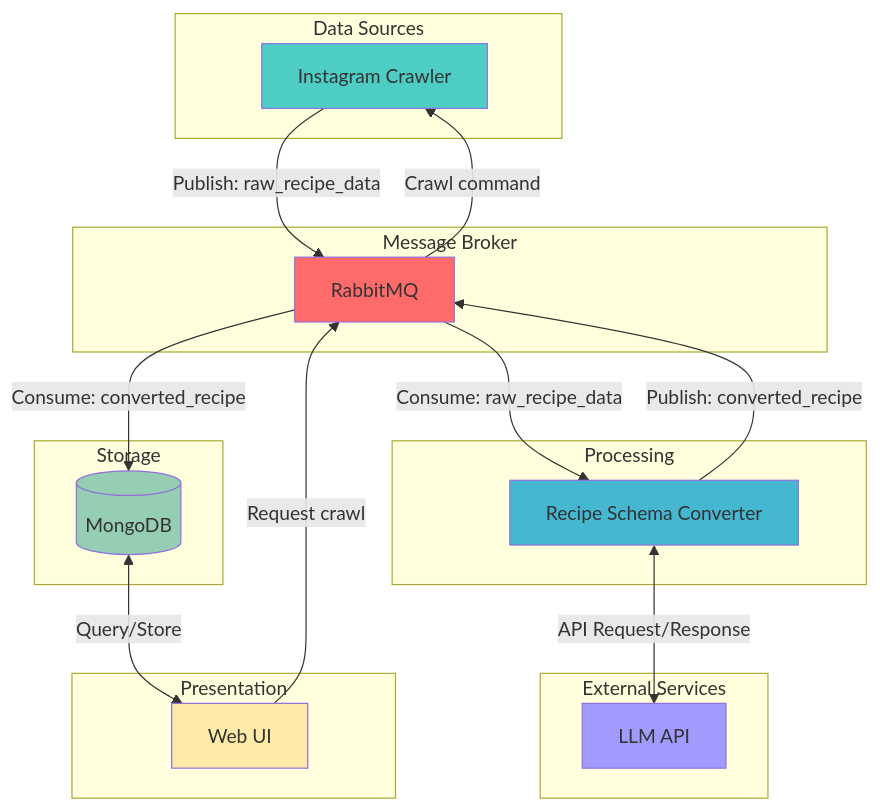
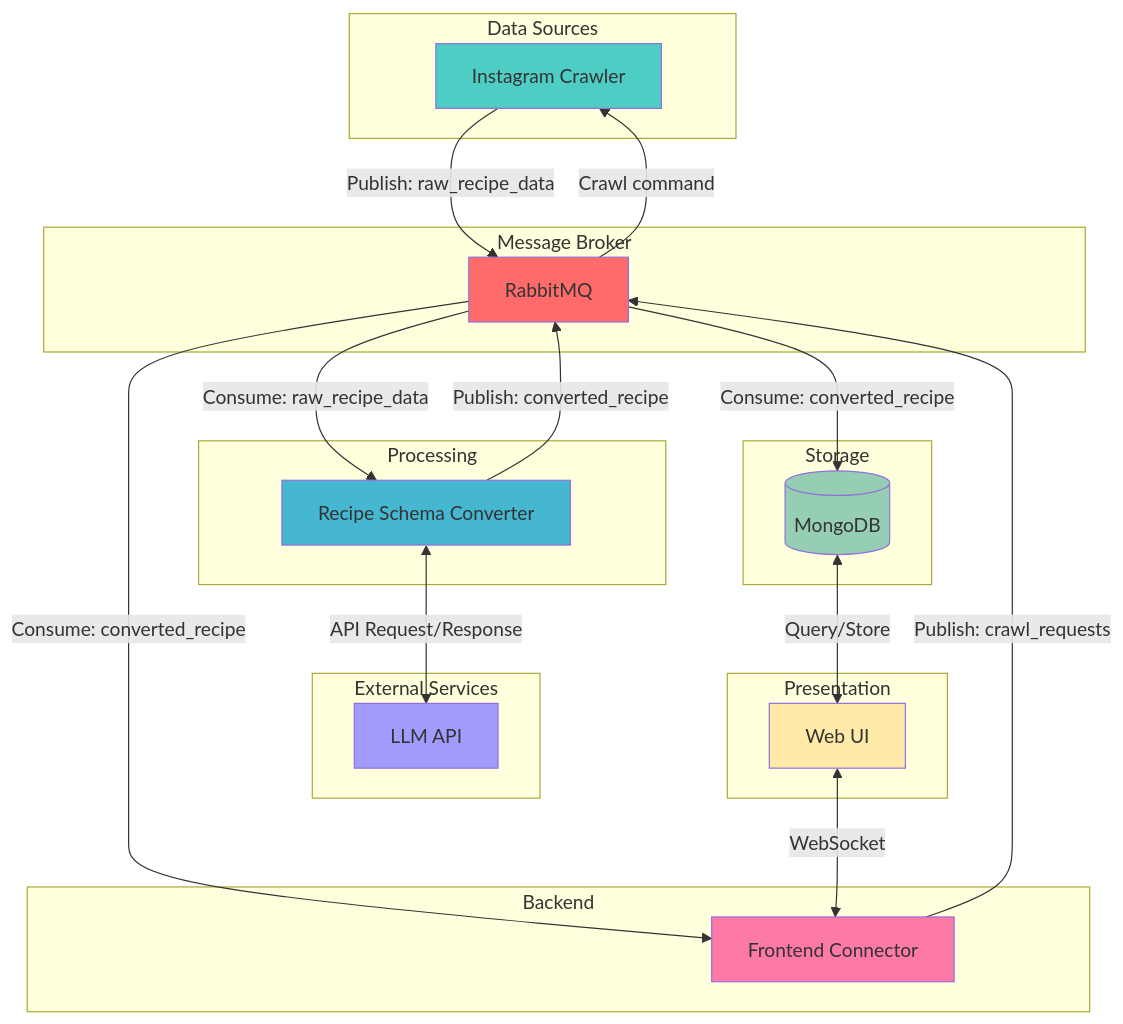
One commit to froehrle/recify changed the diagram in README.md. Above: the diagram before and after it, drawn with Mermaid. The commit also changed other lines of this file, not shown here.

Commit message:
Add Node JS server in Architecture diagram

````diff
--- a/README.md
+++ b/README.md
@@ -9,42 +9,49 @@
 ```mermaid
 graph TB
     subgraph "Data Sources"
         IG[Instagram Crawler]
     end
 
     subgraph "Message Broker"
         RMQ[RabbitMQ]
     end
 
     subgraph "Processing"
         RSC[Recipe Schema Converter]
     end
 
     subgraph "External Services"
         LLM[LLM API]
     end
 
     subgraph "Storage"
         DB[(MongoDB)]
     end
 
+    subgraph "Backend"
+        FC[Frontend Connector]
+    end
+
     subgraph "Presentation"
         UI[Web UI]
     end
 
     IG -->|Publish: raw_recipe_data| RMQ
     RMQ -->|Consume: raw_recipe_data| RSC
     RSC <-->|API Request/Response| LLM
     RSC -->|Publish: converted_recipe| RMQ
     RMQ -->|Consume: converted_recipe| DB
+    RMQ -->|Consume: converted_recipe| FC
     DB <-->|Query/Store| UI
-    UI -->|Request crawl| RMQ
+    UI <-->|WebSocket| FC
+    FC -->|Publish: crawl_requests| RMQ
     RMQ -->|Crawl command| IG
 
     style RMQ fill:#ff6b6b
     style IG fill:#4ecdc4
     style RSC fill:#45b7d1
     style LLM fill:#a29bfe
     style DB fill:#96ceb4
+    style FC fill:#fd79a8
     style UI fill:#ffeaa7
 ```
````
